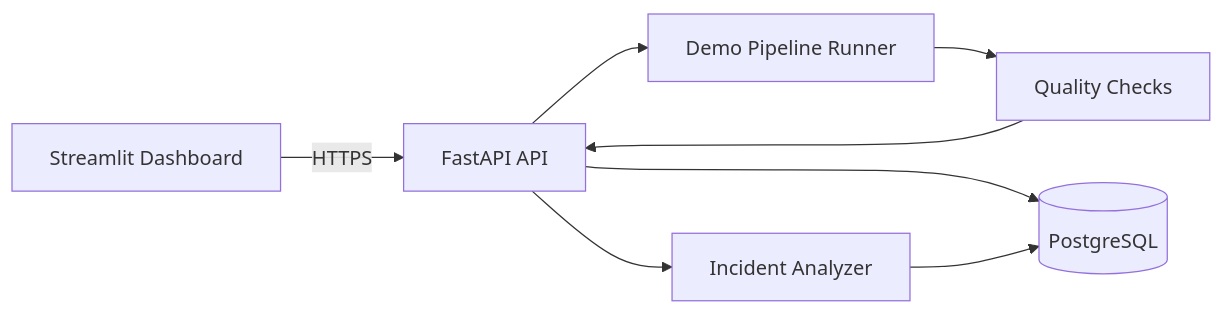
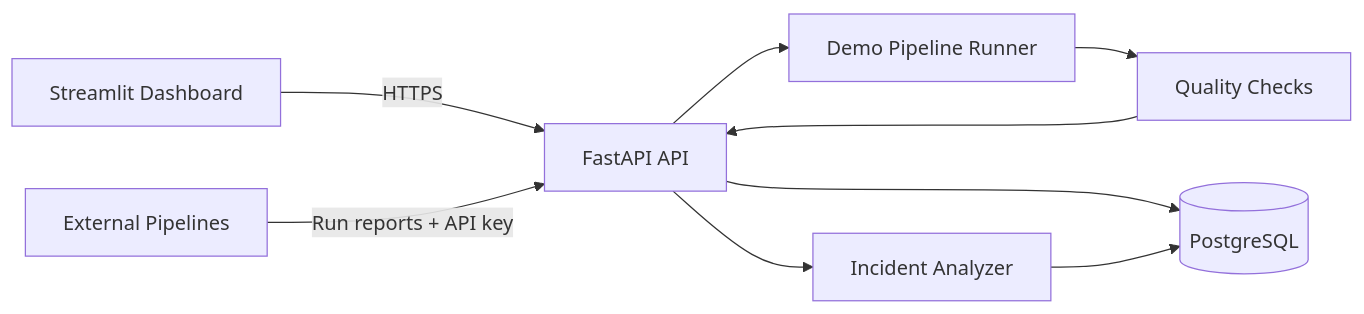
One commit to Ericliu-eng/PipeGuard changed the diagram in README.md. Above: the diagram before and after it, drawn with Mermaid. The commit also changed other lines of this file and 24 other files, not shown here.

````diff
--- a/README.md
+++ b/README.md
@@ -30,10 +30,11 @@
 ```mermaid
 flowchart LR
     D["Streamlit Dashboard"] -->|"HTTPS"| A["FastAPI API"]
+    E["External Pipelines"] -->|"Run reports + API key"| A
     A --> P["Demo Pipeline Runner"]
     P --> Q["Quality Checks"]
     Q --> A
     A --> DB[("PostgreSQL")]
     A --> I["Incident Analyzer"]
     I --> DB
 ```
````
